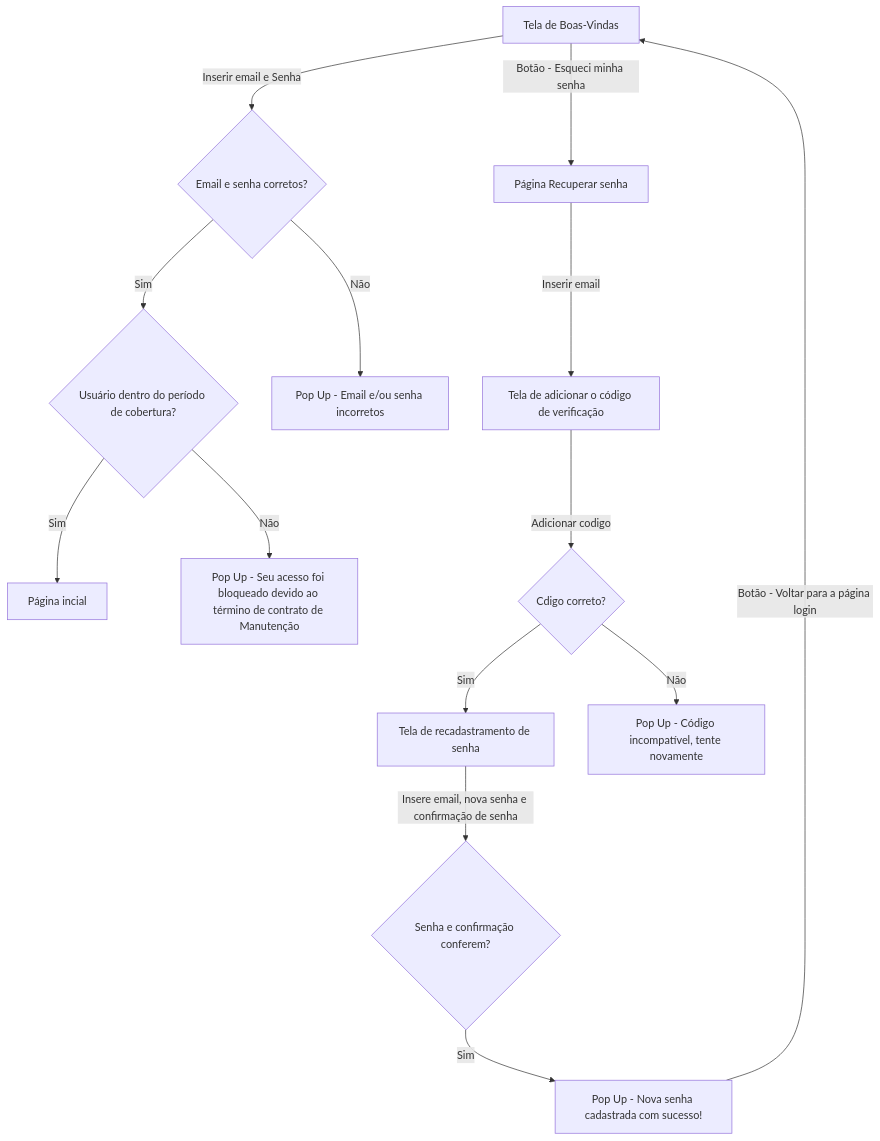
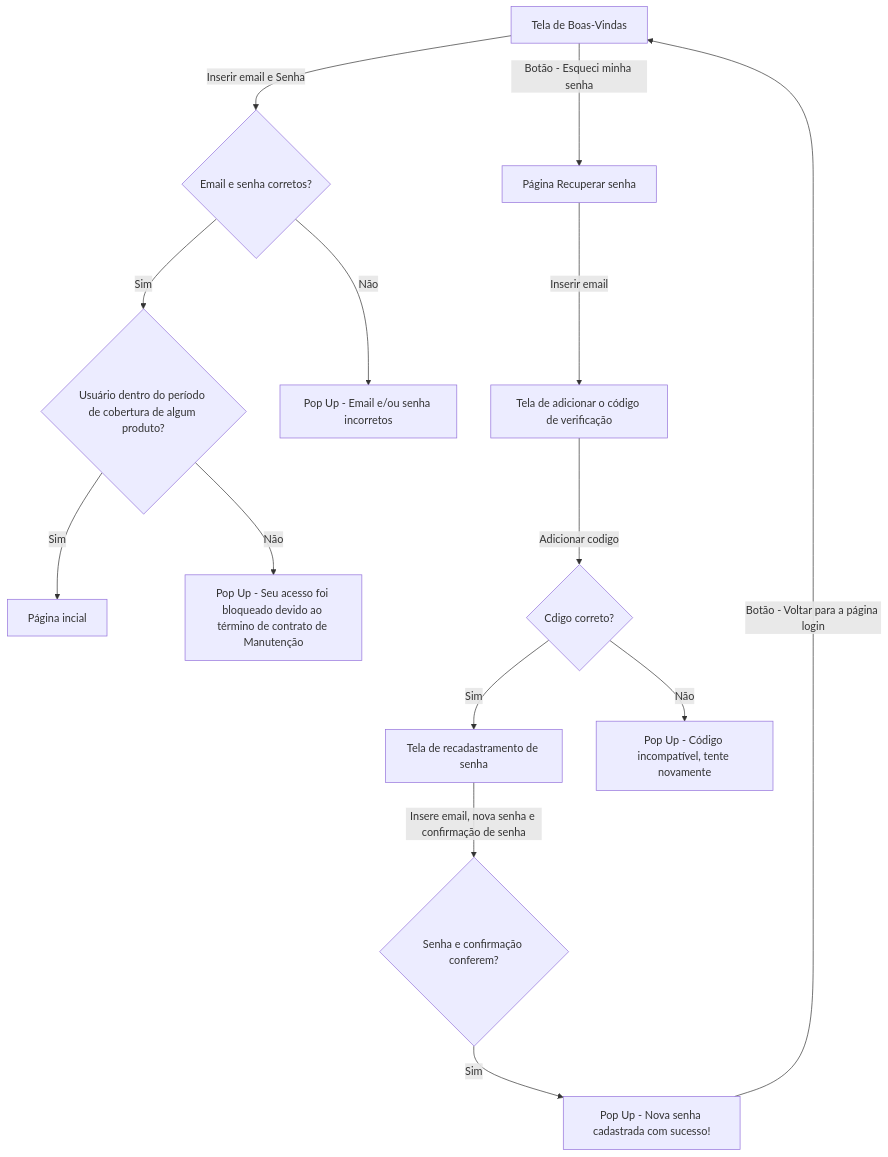
Before and after one commit to Titus-System/SyncDesk: the diagram in docs/diagramas/login.md, drawn with Mermaid.

Commit message:
Corrigir texto Diagrama Login

````diff
--- a/docs/diagramas/login.md
+++ b/docs/diagramas/login.md
@@ -1,16 +1,16 @@
 ```mermaid
 flowchart TD
     A[Tela de Boas-Vindas] -->|Inserir email e Senha| B{Email e senha corretos?}
-    B -->|Sim| C{Usuário dentro do período de cobertura?}
+    B -->|Sim| C{Usuário dentro do período de cobertura de algum produto?}
     C -->|Sim| L[Página incial]
     C -->|Não| M[Pop Up - Seu acesso foi bloqueado devido ao término de contrato de Manutenção]
     B -->|Não| D[Pop Up - Email e/ou senha incorretos]
     A -->|Botão - Esqueci minha senha| E[Página Recuperar senha]
     E -->|Inserir email| F[Tela de adicionar o código de verificação]
     F -->|Adicionar codigo|G{Cdigo correto?}
     G -->|Sim| H[Tela de recadastramento de senha]
     G -->|Não| I[Pop Up - Código incompatível, tente novamente]
     H -->|Insere email, nova senha e confirmação de senha| J{Senha e confirmação conferem?}
     J -->|Sim| K[Pop Up - Nova senha cadastrada com sucesso!]
     K -->|Botão - Voltar para a página login| A
 ```
````
